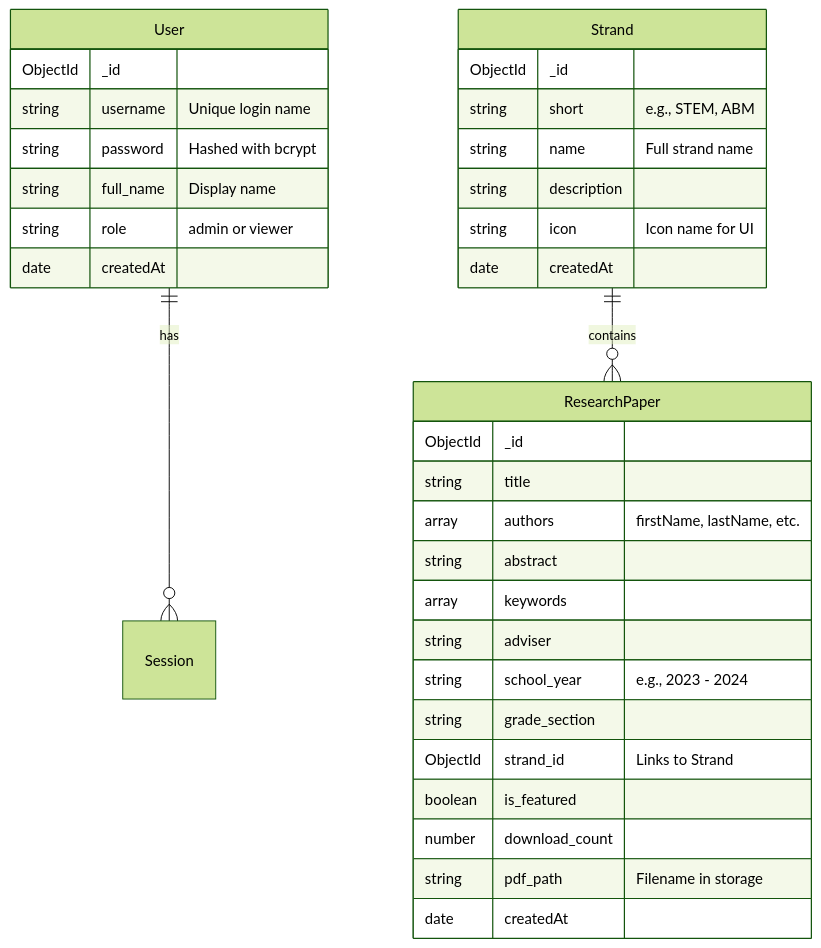
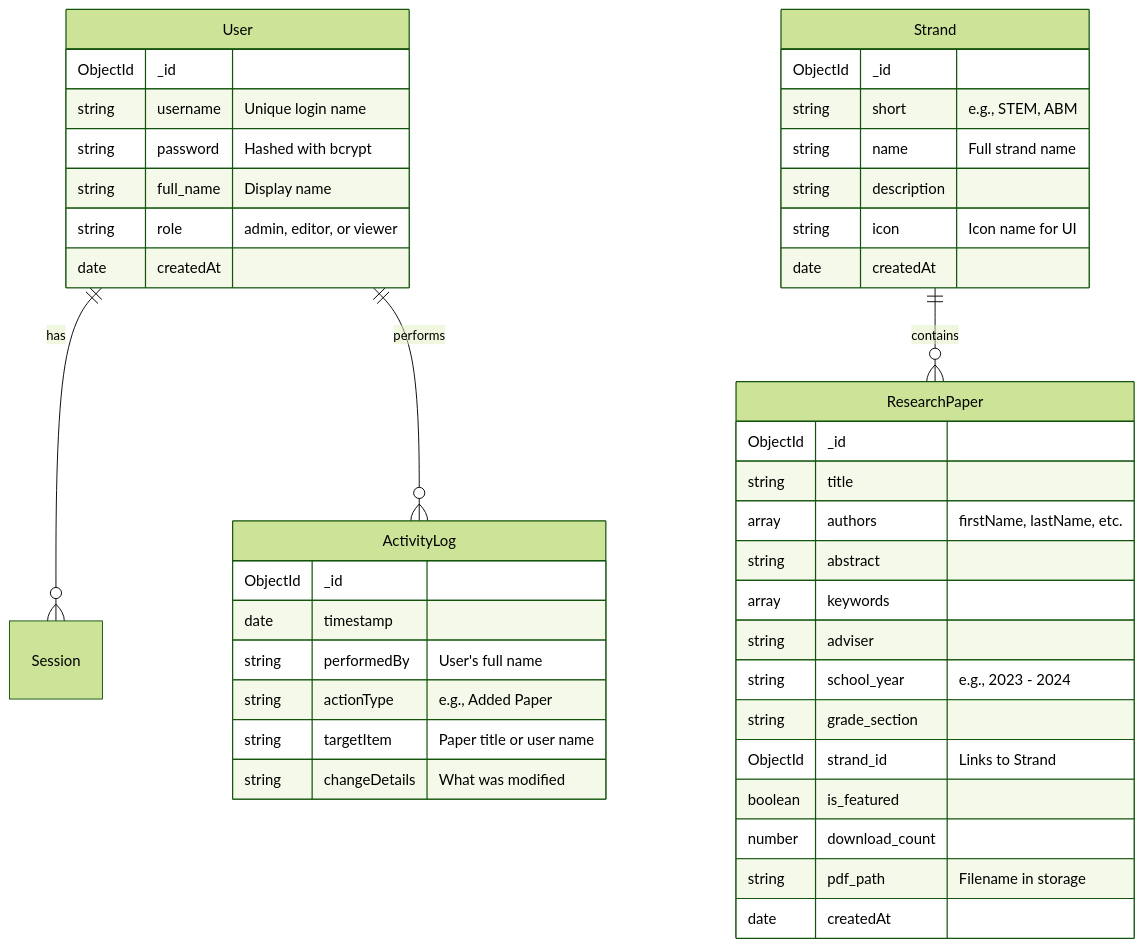
The third of 3 diagrams in DOCUMENTATION.md (RjDurin04/cvnhs_electronic_research_library), drawn with Mermaid (forest theme) before and after one commit. The commit also changed other lines of this file and 5 other files, not shown here.

````diff
--- a/DOCUMENTATION.md
+++ b/DOCUMENTATION.md
@@ -154,39 +192,49 @@
 ```mermaid
 erDiagram
     User ||--o{ Session : has
+    User ||--o{ ActivityLog : performs
     Strand ||--o{ ResearchPaper : contains
     
     User {
         ObjectId _id
         string username "Unique login name"
         string password "Hashed with bcrypt"
         string full_name "Display name"
-        string role "admin or viewer"
+        string role "admin, editor, or viewer"
         date createdAt
     }
     
     Strand {
         ObjectId _id
         string short "e.g., STEM, ABM"
         string name "Full strand name"
         string description
         string icon "Icon name for UI"
         date createdAt
     }
     
     ResearchPaper {
         ObjectId _id
         string title
         array authors "firstName, lastName, etc."
         string abstract
         array keywords
         string adviser
         string school_year "e.g., 2023 - 2024"
         string grade_section
         ObjectId strand_id "Links to Strand"
         boolean is_featured
         number download_count
         string pdf_path "Filename in storage"
         date createdAt
     }
+    
+    ActivityLog {
+        ObjectId _id
+        date timestamp
+        string performedBy "User's full name"
+        string actionType "e.g., Added Paper"
+        string targetItem "Paper title or user name"
+        string changeDetails "What was modified"
+    }
 ```
````
